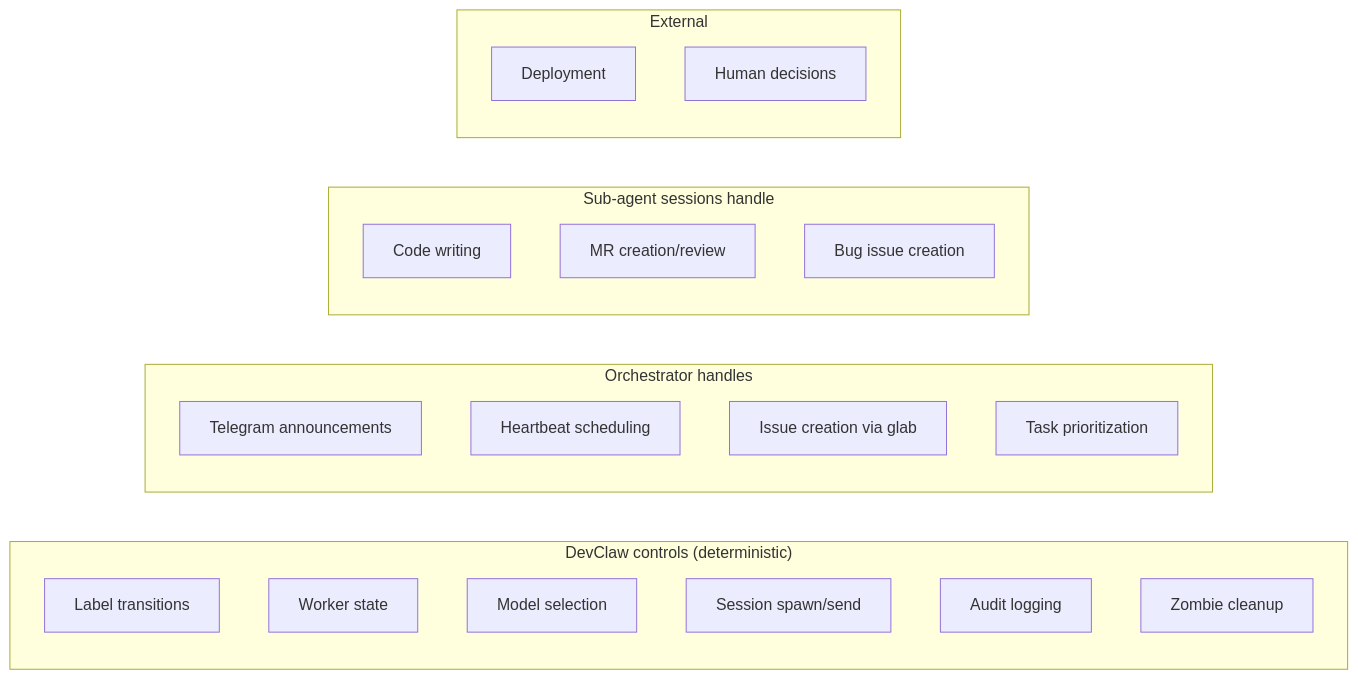
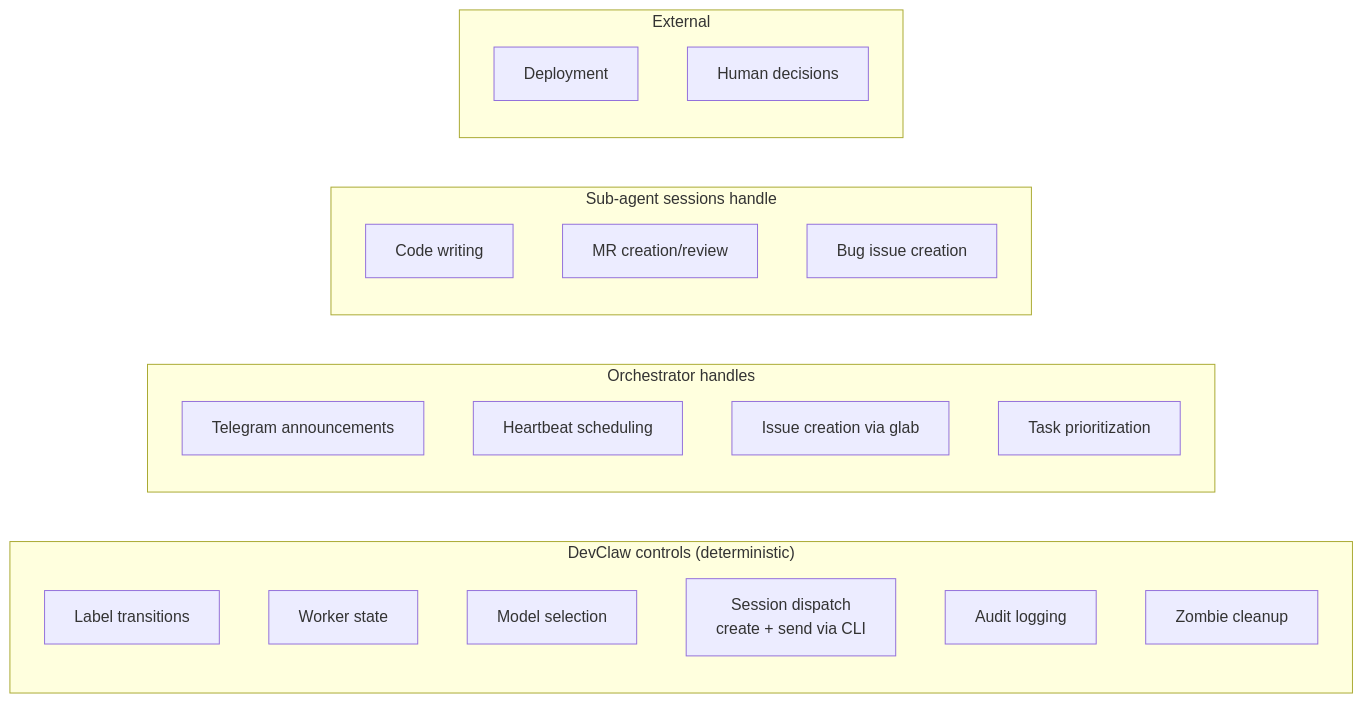
One commit to StrongheartedX/devclaw changed the tenth of 10 diagrams in docs/ARCHITECTURE.md. Above: the diagram before and after it, drawn with Mermaid. The commit also changed other lines of this file and 2 other files, not shown here.

Commit message:
Refine session management terminology and clarify plugin-controlled lifecycle in documentation

````diff
--- a/docs/ARCHITECTURE.md
+++ b/docs/ARCHITECTURE.md
@@ -482,29 +486,29 @@
 ```mermaid
 graph LR
     subgraph "DevClaw controls (deterministic)"
         L[Label transitions]
         S[Worker state]
         M[Model selection]
-        SS[Session spawn/send]
+        SD[Session dispatch<br/>create + send via CLI]
         A[Audit logging]
         Z[Zombie cleanup]
     end
 
     subgraph "Orchestrator handles"
         MSG[Telegram announcements]
         HB[Heartbeat scheduling]
         IC[Issue creation via glab]
         DEC[Task prioritization]
     end
 
     subgraph "Sub-agent sessions handle"
         CR[Code writing]
         MR[MR creation/review]
         BUG[Bug issue creation]
     end
 
     subgraph "External"
         DEPLOY[Deployment]
         HR[Human decisions]
     end
 ```
````
